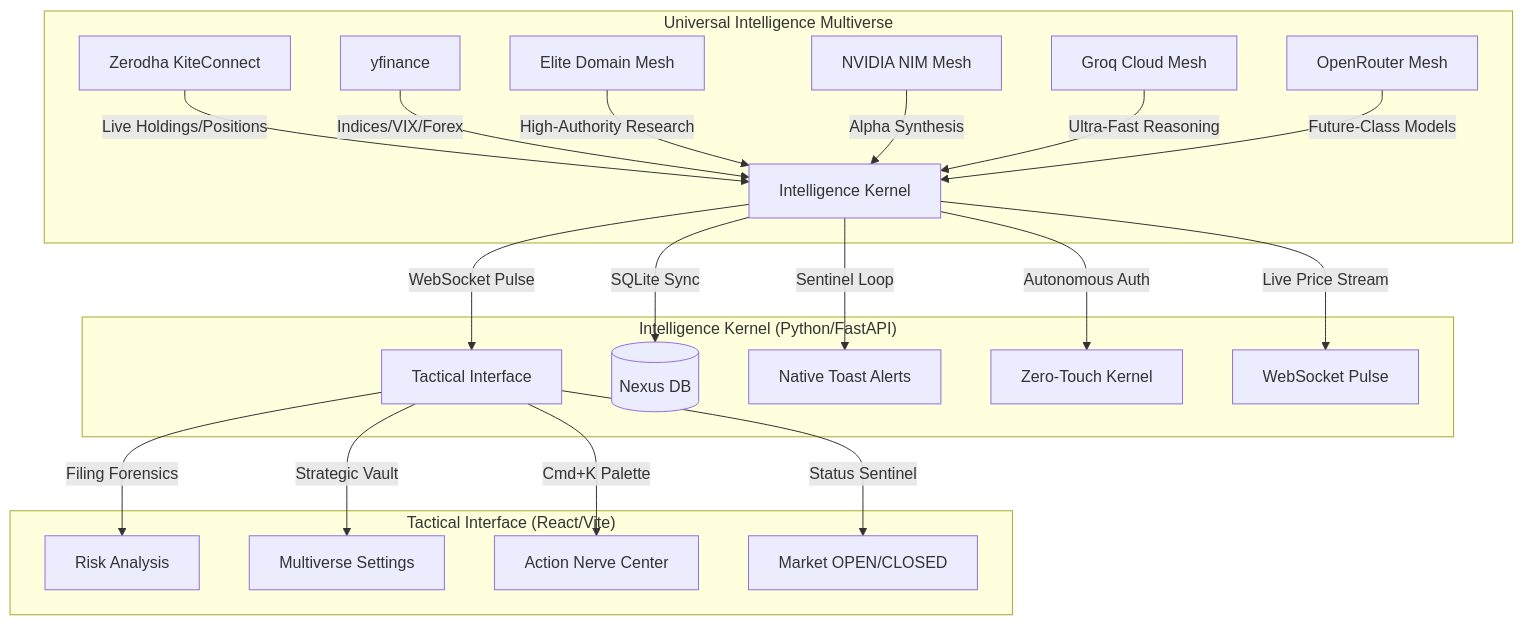
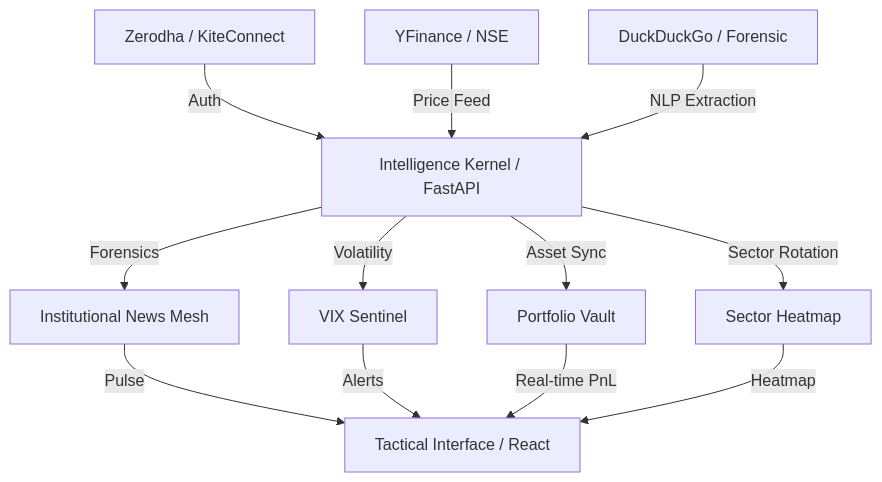
The diagram in README.md (hackers-reality/FinIntel), drawn with Mermaid before and after one commit. The commit also changed other lines of this file, not shown here.

Commit message:
docs: Sovereign 4.2 - Strategic Architecture Map & Professional Showcase

````diff
--- a/README.md
+++ b/README.md
@@ -12,26 +9,16 @@
 ```mermaid
 graph TD
-    subgraph "Universal Intelligence Multiverse"
-        A[Zerodha KiteConnect] -->|Live Holdings/Positions| E[Intelligence Kernel]
-        B[yfinance] -->|Indices/VIX/Forex| E
-        C[Elite Domain Mesh] -->|High-Authority Research| E
-        D1[NVIDIA NIM Mesh] -->|Alpha Synthesis| E
-        D2[Groq Cloud Mesh] -->|Ultra-Fast Reasoning| E
-        D3[OpenRouter Mesh] -->|Future-Class Models| E
-    end
-
-    subgraph "Intelligence Kernel (Python/FastAPI)"
-        E -->|WebSocket Pulse| F[Tactical Interface]
-        E -->|SQLite Sync| G[(Nexus DB)]
-        E -->|Sentinel Loop| H[Native Toast Alerts]
-        E -->|Autonomous Auth| I[Zero-Touch Kernel]
-        E -->|Live Price Stream| M[WebSocket Pulse]
-    end
-
-    subgraph "Tactical Interface (React/Vite)"
-        F -->|Filing Forensics| J[Risk Analysis]
-        F -->|Strategic Vault| K[Multiverse Settings]
-        F -->|Cmd+K Palette| L[Action Nerve Center]
-        F -->|Status Sentinel| N[Market OPEN/CLOSED]
-    end
+    A[Intelligence Kernel / FastAPI] -->|Forensics| B[Institutional News Mesh]
+    A -->|Volatility| C[VIX Sentinel]
+    A -->|Asset Sync| D[Portfolio Vault]
+    A -->|Sector Rotation| E[Sector Heatmap]
+    
+    B -->|Pulse| F[Tactical Interface / React]
+    C -->|Alerts| F
+    D -->|Real-time PnL| F
+    E -->|Heatmap| F
+    
+    G[Zerodha / KiteConnect] -->|Auth| A
+    H[YFinance / NSE] -->|Price Feed| A
+    I[DuckDuckGo / Forensic] -->|NLP Extraction| A
 ```
````
